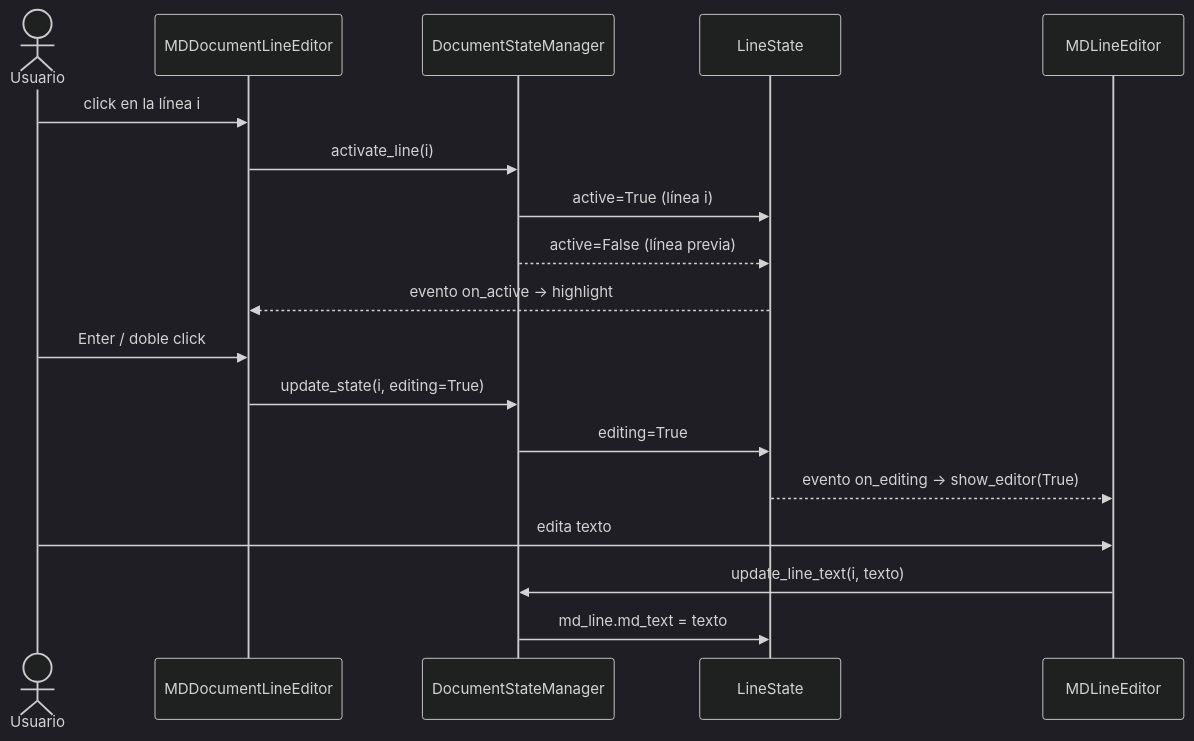
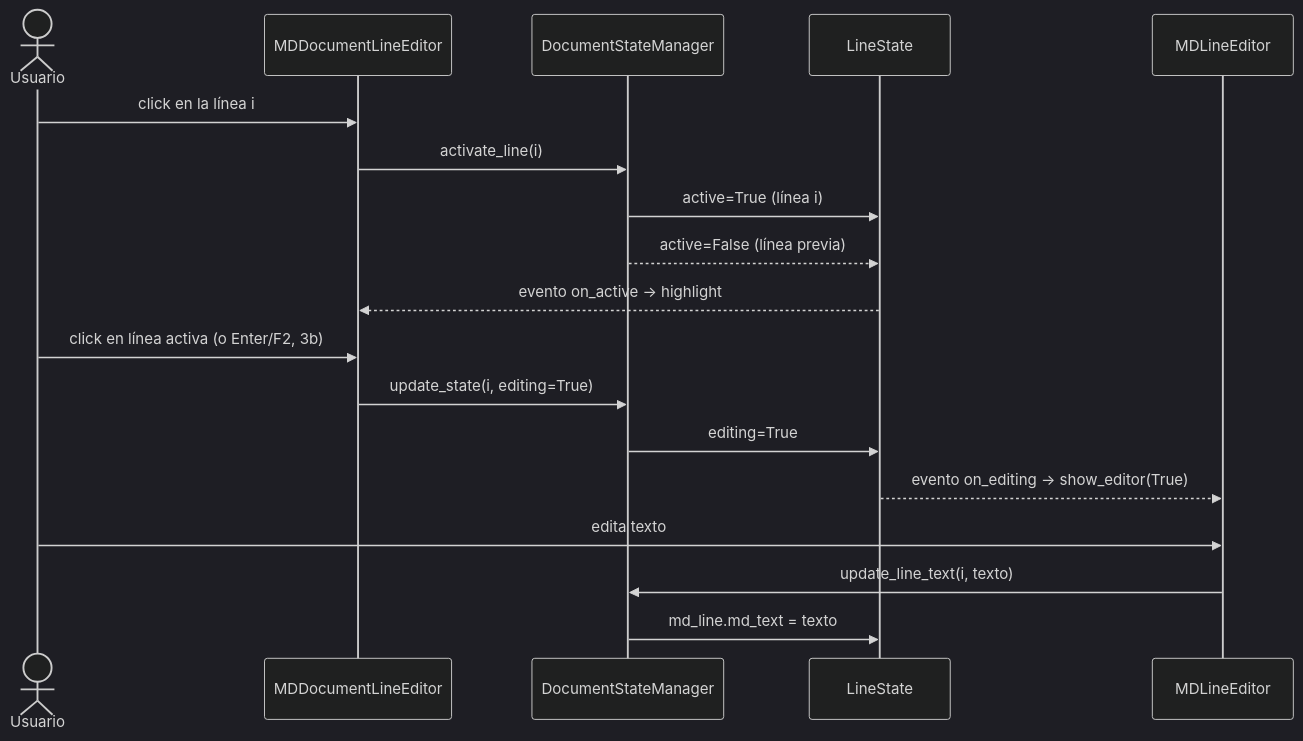
One commit to martin-bellanca/kivy_mpe_widgets changed the third of 4 diagrams in kivy_mpbe_widgets/wg_markdown2/docs/arquitectura.md. Above: the diagram before and after it, drawn with Mermaid (dark theme). The commit also changed other lines of this file and 9 other files, not shown here.

````diff
--- a/kivy_mpbe_widgets/wg_markdown2/docs/arquitectura.md
+++ b/kivy_mpbe_widgets/wg_markdown2/docs/arquitectura.md
@@ -189,21 +189,21 @@
 ```mermaid
 sequenceDiagram
     actor U as Usuario
     participant LW as MDDocumentLineEditor
     participant SM as DocumentStateManager
     participant LS as LineState
     participant ED as MDLineEditor
 
     U->>LW: click en la línea i
     LW->>SM: activate_line(i)
     SM->>LS: active=True (línea i)
     SM-->>LS: active=False (línea previa)
     LS-->>LW: evento on_active → highlight
-    U->>LW: Enter / doble click
+    U->>LW: click en línea activa (o Enter/F2, 3b)
     LW->>SM: update_state(i, editing=True)
     SM->>LS: editing=True
     LS-->>ED: evento on_editing → show_editor(True)
     U->>ED: edita texto
     ED->>SM: update_line_text(i, texto)
     SM->>LS: md_line.md_text = texto
 ```
````
